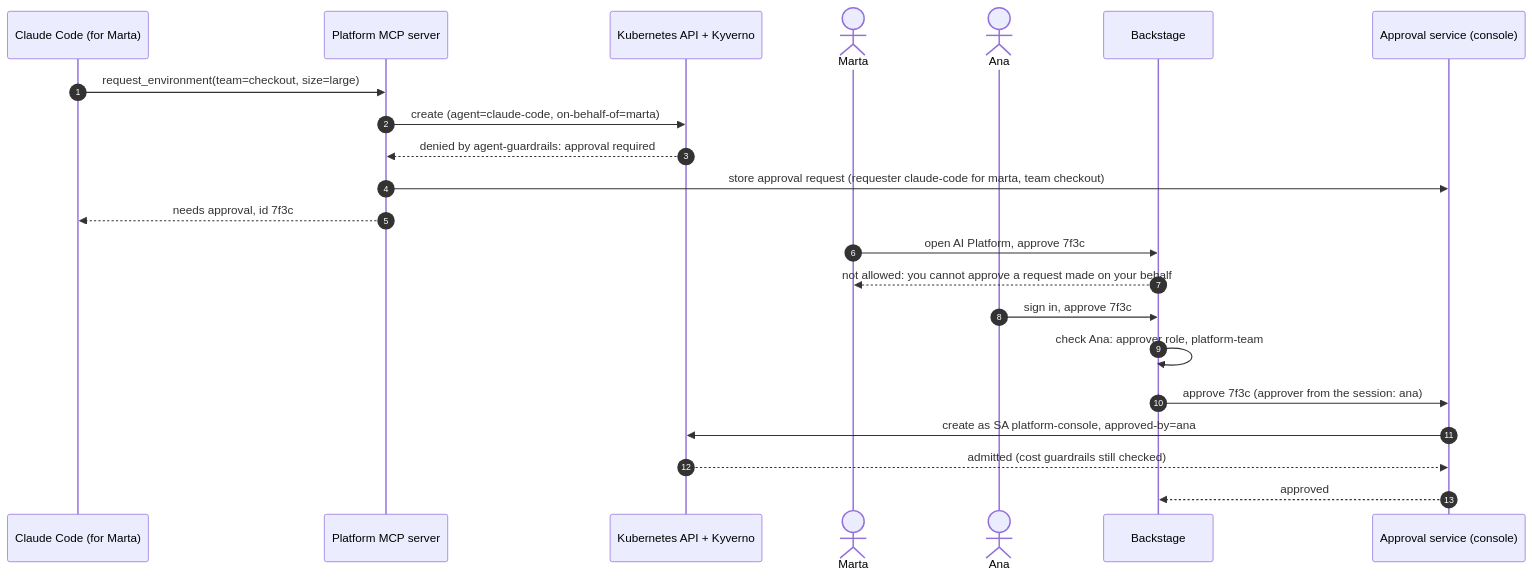
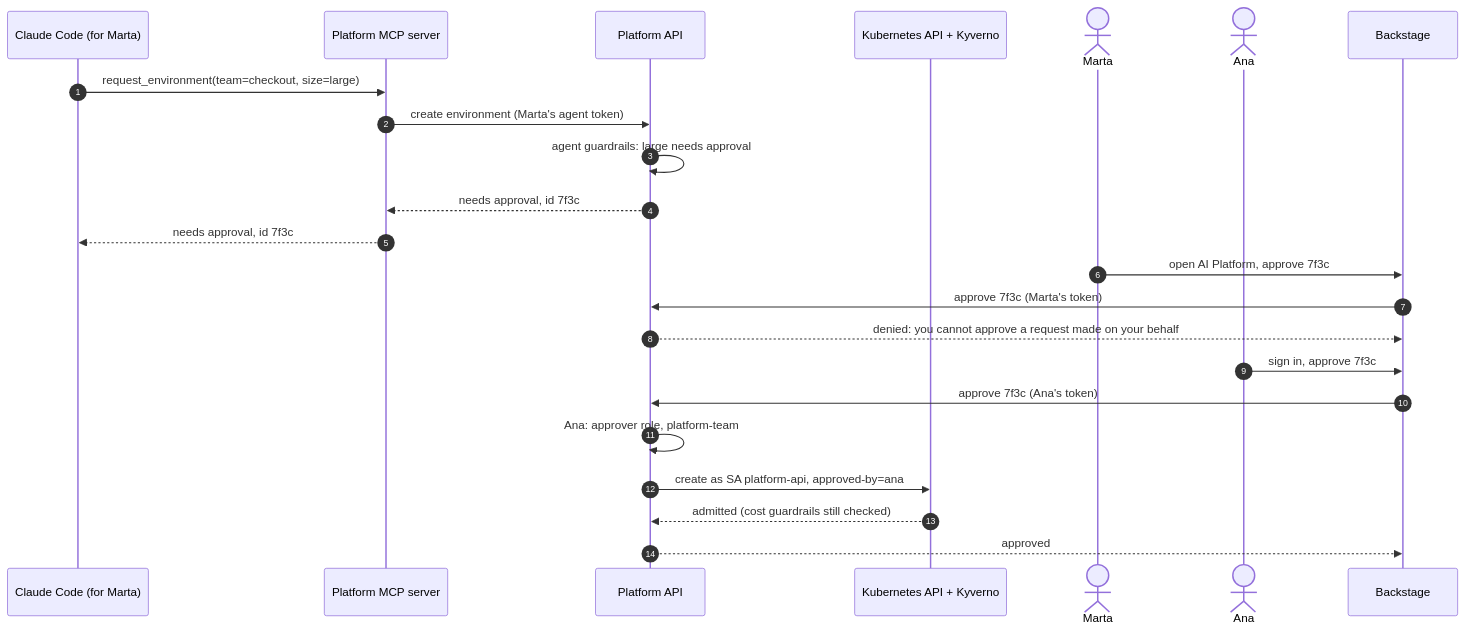
Before and after one commit to jaruizes/platform-engineering-starter-kit-ai-era: the sixth of 7 diagrams in docs/identity-and-access.md, drawn with Mermaid. The commit also changed other lines of this file, not shown here.

First line of the commit message:
docs: channel-independent platform API and two-line authorization

````diff
--- a/docs/identity-and-access.md
+++ b/docs/identity-and-access.md
@@ -365,25 +483,26 @@
 ```mermaid
 sequenceDiagram
     autonumber
     participant CC as Claude Code (for Marta)
     participant MCP as Platform MCP server
+    participant API as Platform API
     participant K8s as Kubernetes API + Kyverno
     actor Marta
     actor Ana
     participant Portal as Backstage
-    participant Appr as Approval service (console)
 
     CC->>MCP: request_environment(team=checkout, size=large)
-    MCP->>K8s: create (agent=claude-code, on-behalf-of=marta)
-    K8s-->>MCP: denied by agent-guardrails: approval required
-    MCP->>Appr: store approval request (requester claude-code for marta, team checkout)
+    MCP->>API: create environment (Marta's agent token)
+    API->>API: agent guardrails: large needs approval
+    API-->>MCP: needs approval, id 7f3c
     MCP-->>CC: needs approval, id 7f3c
     Marta->>Portal: open AI Platform, approve 7f3c
-    Portal-->>Marta: not allowed: you cannot approve a request made on your behalf
+    Portal->>API: approve 7f3c (Marta's token)
+    API-->>Portal: denied: you cannot approve a request made on your behalf
     Ana->>Portal: sign in, approve 7f3c
-    Portal->>Portal: check Ana: approver role, platform-team
-    Portal->>Appr: approve 7f3c (approver from the session: ana)
-    Appr->>K8s: create as SA platform-console, approved-by=ana
-    K8s-->>Appr: admitted (cost guardrails still checked)
-    Appr-->>Portal: approved
+    Portal->>API: approve 7f3c (Ana's token)
+    API->>API: Ana: approver role, platform-team
+    API->>K8s: create as SA platform-api, approved-by=ana
+    K8s-->>API: admitted (cost guardrails still checked)
+    API-->>Portal: approved
 ```
````
